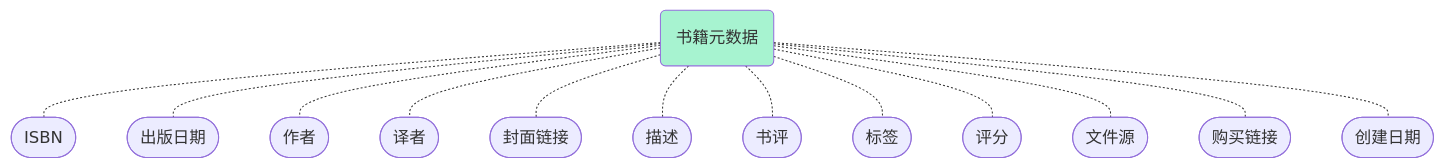
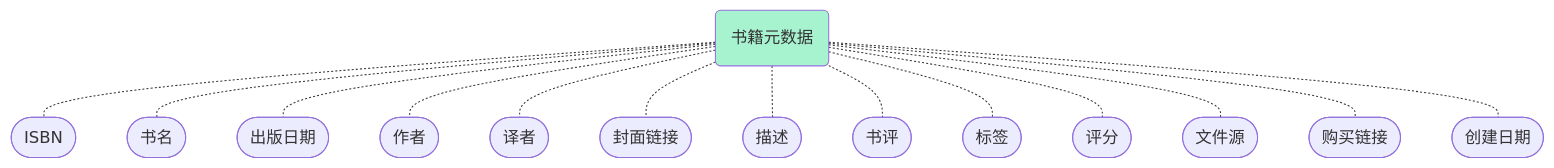
One commit to Benbinbin/BookMate changed the second of 2 diagrams in Database.md. Above: the diagram before and after it, drawn with Mermaid. The commit also changed other lines of this file and 7 other files, not shown here.

Commit message:
add schema.

````diff
--- a/Database.md
+++ b/Database.md
@@ -23,16 +32,17 @@
 ```mermaid
 graph TD
   metadata(书籍元数据) -.- isbn([ISBN])
-  style metadata fill: #A7F3D0
+  metadata -.- title([书名])
   metadata -.- date([出版日期])
   metadata -.- author([作者])
   metadata -.- translator([译者])
   metadata -.- cover([封面链接])
   metadata -.- description([描述])
   metadata -.- review([书评])
   metadata -.- tags([标签])
   metadata -.- star([评分])
   metadata -.- source([文件源])
   metadata -.- shop([购买链接])
   metadata -.- bookCreatedData([创建日期])
+  style metadata fill: #A7F3D0
 ```
````
